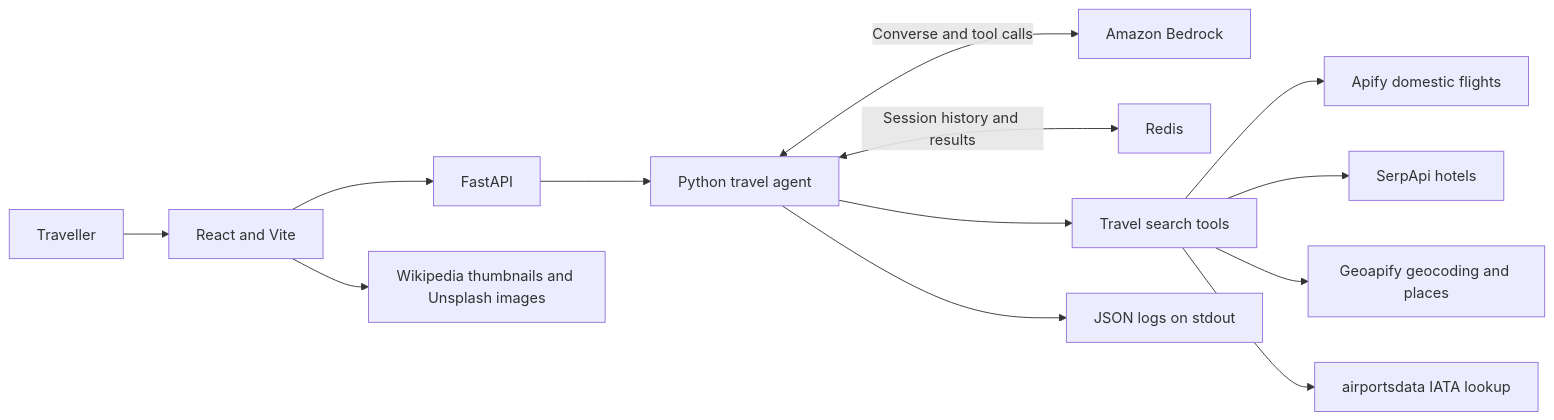
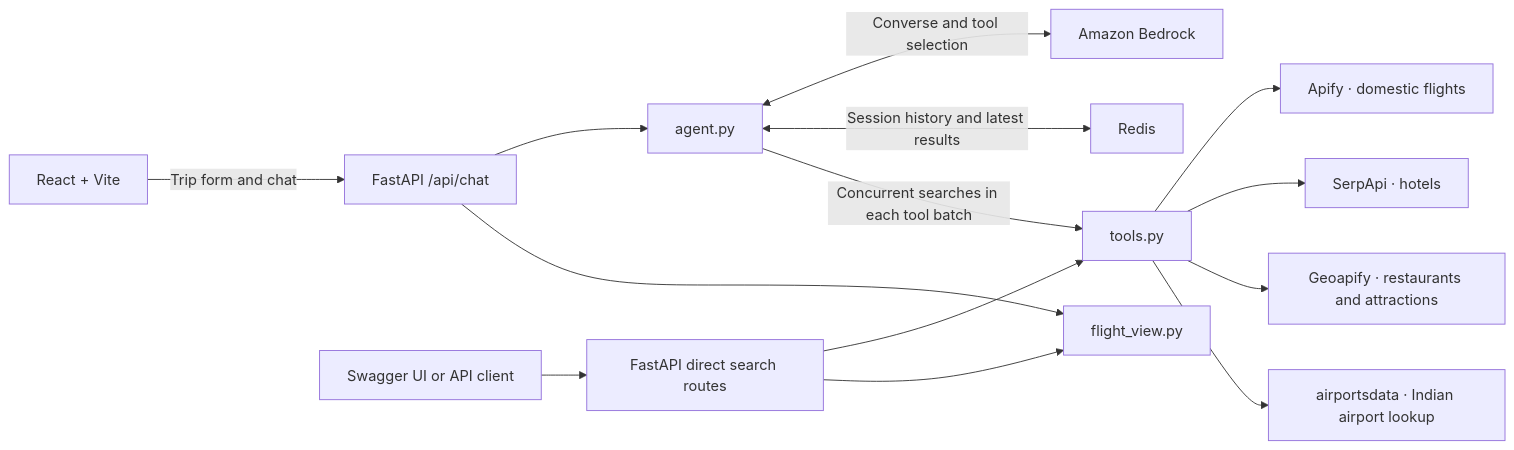
Before and after one commit to arun1267/travel_agent_project: the diagram in README.md, drawn with Mermaid. The commit also changed other lines of this file, not shown here.

````diff
--- a/README.md
+++ b/README.md
@@ -11,15 +15,16 @@
 ```mermaid
 flowchart LR
-    Traveller --> React["React and Vite"]
-    React --> API["FastAPI"]
-    API --> Agent["Python travel agent"]
-    Agent <-->|"Converse and tool calls"| Bedrock["Amazon Bedrock"]
-    Agent <-->|"Session history and results"| Redis["Redis"]
-    Agent --> Tools["Travel search tools"]
-    Tools --> Apify["Apify domestic flights"]
-    Tools --> SerpApi["SerpApi hotels"]
-    Tools --> Geoapify["Geoapify geocoding and places"]
-    Tools --> Airports["airportsdata IATA lookup"]
-    Agent --> Logs["JSON logs on stdout"]
-    React --> Images["Wikipedia thumbnails and Unsplash images"]
+    UI["React + Vite"] -->|"Trip form and chat"| Chat["FastAPI /api/chat"]
+    Direct["Swagger UI or API client"] --> API["FastAPI direct search routes"]
+    Chat --> Agent["agent.py"]
+    Agent <-->|"Converse and tool selection"| Bedrock["Amazon Bedrock"]
+    Agent <-->|"Session history and latest results"| Redis["Redis"]
+    Agent -->|"Concurrent searches in each tool batch"| Tools["tools.py"]
+    API --> Tools
+    Tools --> Apify["Apify · domestic flights"]
+    Tools --> SerpApi["SerpApi · hotels"]
+    Tools --> Geoapify["Geoapify · restaurants and attractions"]
+    Tools --> Airports["airportsdata · Indian airport lookup"]
+    Chat --> FlightView["flight_view.py"]
+    API --> FlightView
 ```
````
